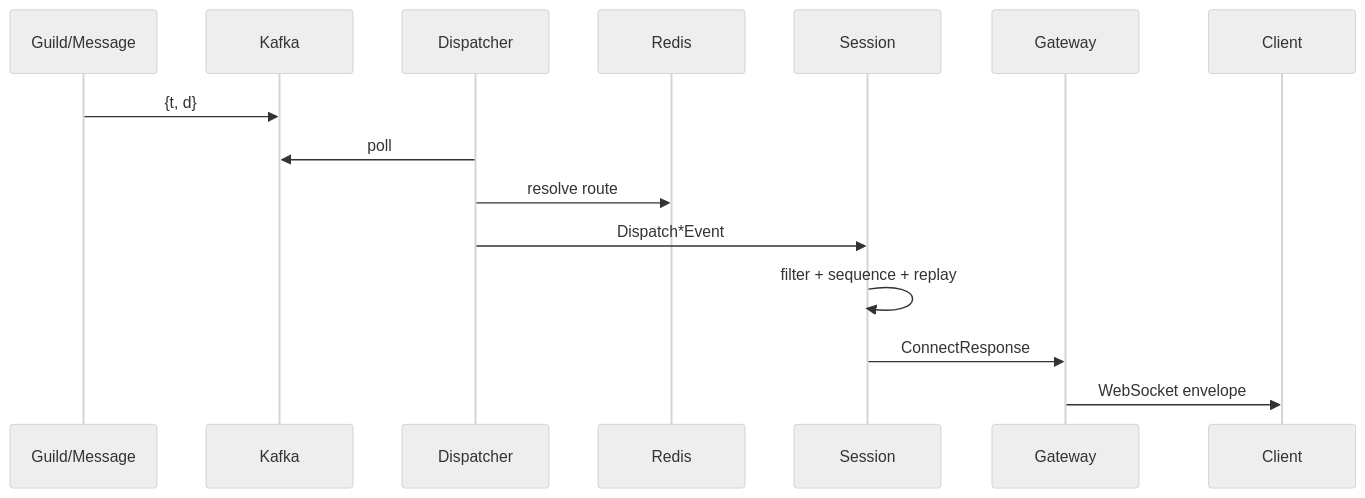
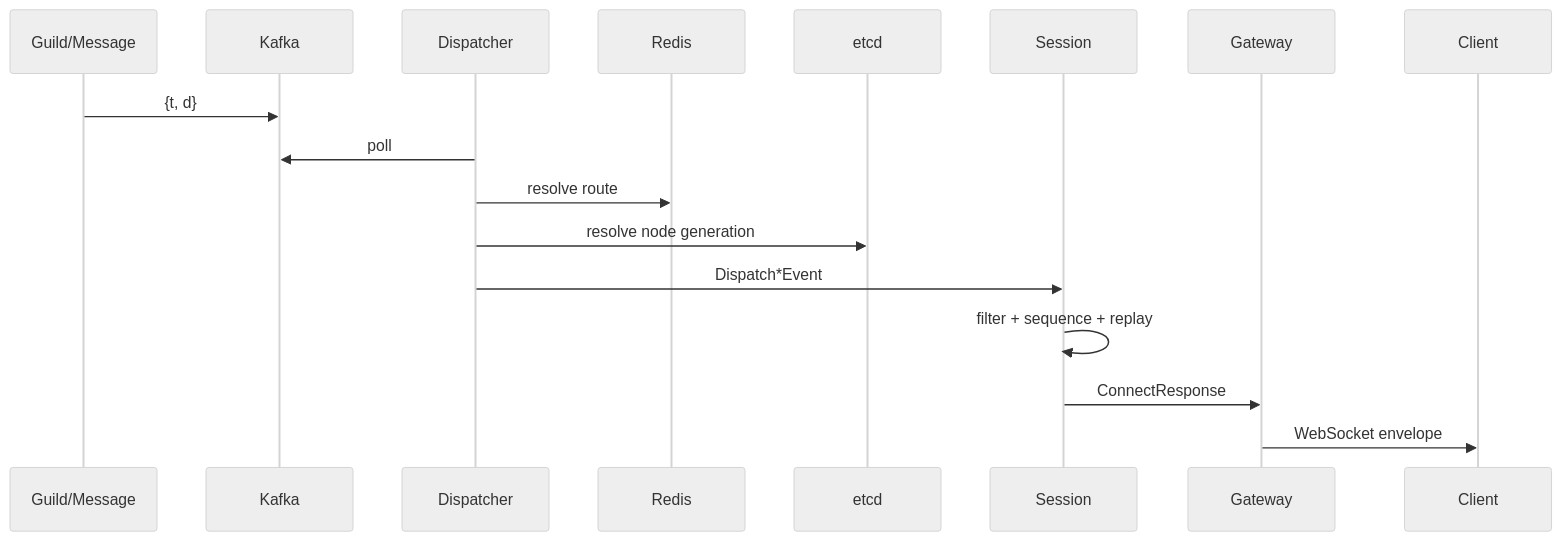
Before and after one commit to soasurs/cordis: the diagram in docs/zh-CN/realtime.md, drawn with Mermaid (neutral theme). The commit also changed other lines of this file and 40 other files, not shown here.

````diff
--- a/docs/zh-CN/realtime.md
+++ b/docs/zh-CN/realtime.md
@@ -40,17 +39,19 @@
 ```mermaid
 sequenceDiagram
     participant Domain as Guild/Message
     participant Kafka
     participant Dispatcher
     participant Redis
+    participant etcd
     participant Session
     participant Gateway
     participant Client
     Domain->>Kafka: {t, d}
     Dispatcher->>Kafka: poll
     Dispatcher->>Redis: resolve route
+    Dispatcher->>etcd: resolve node generation
     Dispatcher->>Session: Dispatch*Event
     Session->>Session: filter + sequence + replay
     Session->>Gateway: ConnectResponse
     Gateway->>Client: WebSocket envelope
 ```
````
